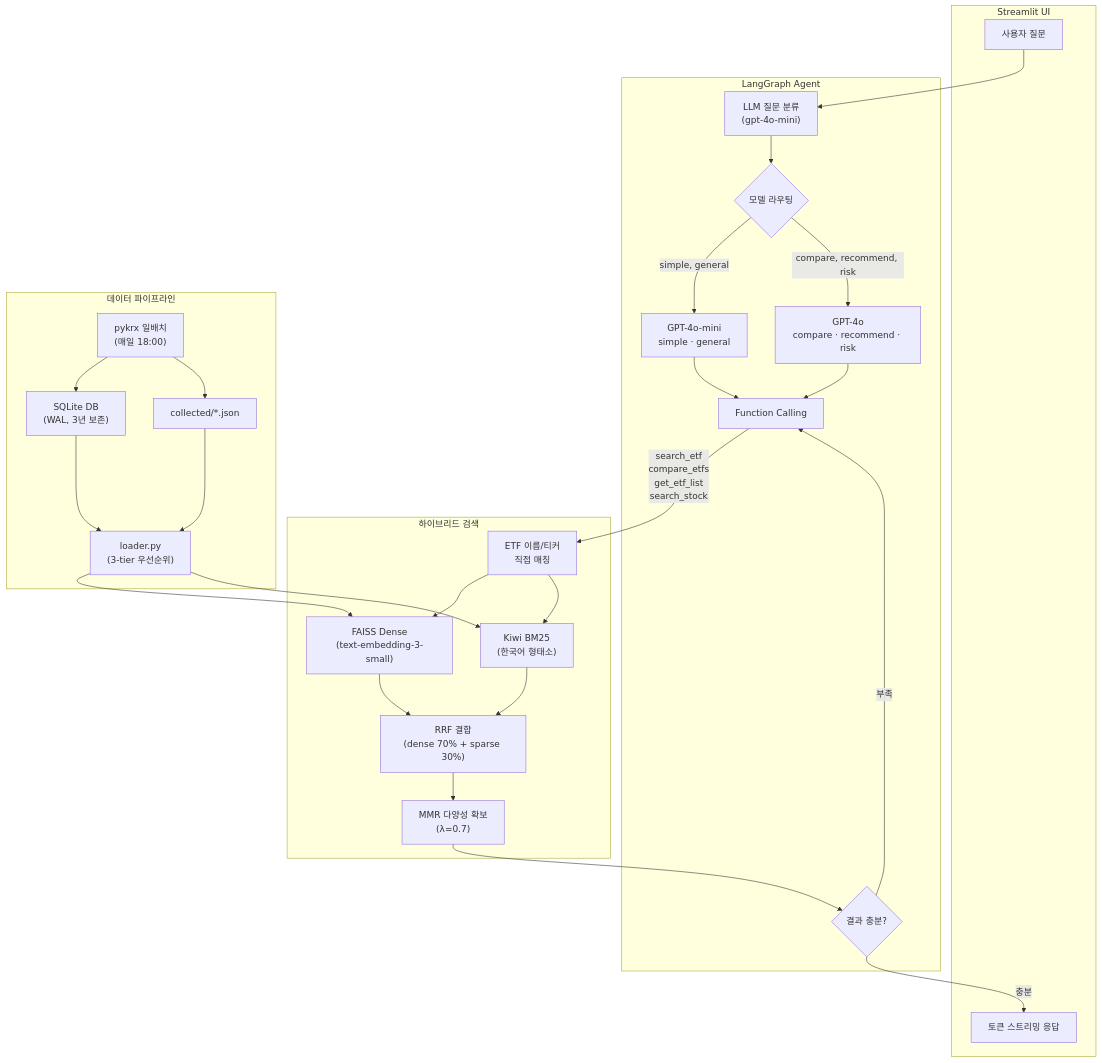
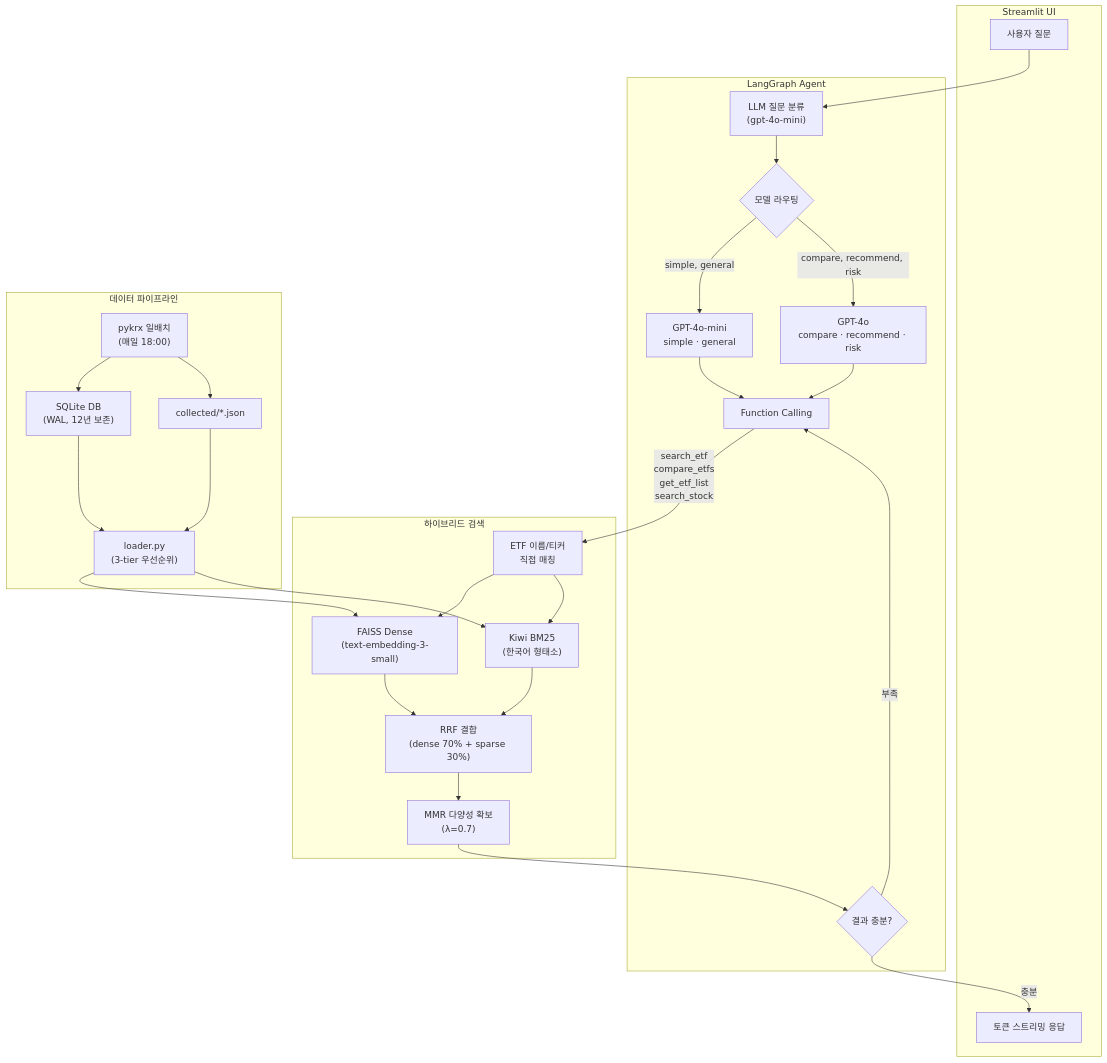
The diagram in ETF_RAG/README.md (m2222n/AI_agent), drawn with Mermaid before and after one commit. The commit also changed other lines of this file and 4 other files, not shown here.

````diff
--- a/ETF_RAG/README.md
+++ b/ETF_RAG/README.md
@@ -56,48 +61,48 @@
 ```mermaid
 flowchart TB
     subgraph UI["Streamlit UI"]
         Input["사용자 질문"]
         Stream["토큰 스트리밍 응답"]
     end
 
     subgraph Agent["LangGraph Agent"]
         Classify["LLM 질문 분류<br/>(gpt-4o-mini)"]
         Router{"모델 라우팅"}
         Mini["GPT-4o-mini<br/>simple · general"]
         Full["GPT-4o<br/>compare · recommend · risk"]
         Tools["Function Calling"]
         Retry{"결과 충분?"}
     end
 
     subgraph Search["하이브리드 검색"]
         Match["ETF 이름/티커<br/>직접 매칭"]
         Dense["FAISS Dense<br/>(text-embedding-3-small)"]
         Sparse["Kiwi BM25<br/>(한국어 형태소)"]
         RRF["RRF 결합<br/>(dense 70% + sparse 30%)"]
         MMR["MMR 다양성 확보<br/>(λ=0.7)"]
     end
 
     subgraph Data["데이터 파이프라인"]
         KRX["pykrx 일배치<br/>(매일 18:00)"]
-        DB["SQLite DB<br/>(WAL, 3년 보존)"]
+        DB["SQLite DB<br/>(WAL, 12년 보존)"]
         JSON["collected/*.json"]
         Loader["loader.py<br/>(3-tier 우선순위)"]
     end
 
     Input --> Classify --> Router
     Router -->|simple, general| Mini
     Router -->|compare, recommend, risk| Full
     Mini --> Tools
     Full --> Tools
     Tools -->|search_etf<br/>compare_etfs<br/>get_etf_list<br/>search_stock| Match
     Match --> Dense & Sparse
     Dense & Sparse --> RRF --> MMR
     MMR --> Retry
     Retry -->|부족| Tools
     Retry -->|충분| Stream
 
     KRX --> DB & JSON
     DB --> Loader
     JSON --> Loader
     Loader --> Dense & Sparse
 ```
````
